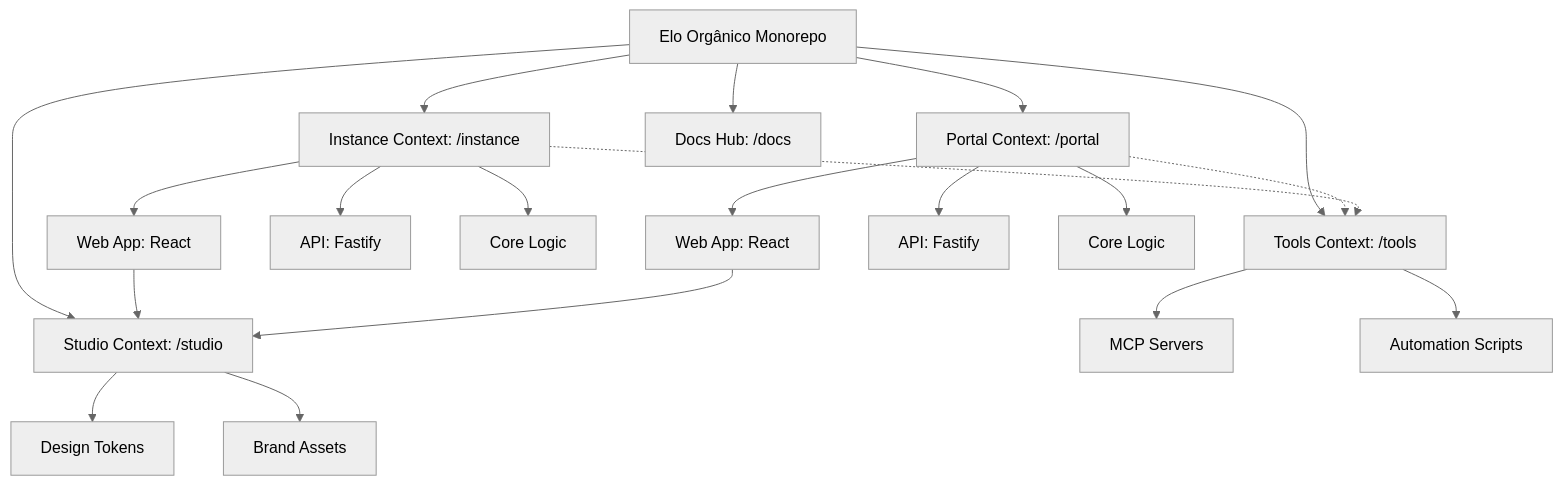
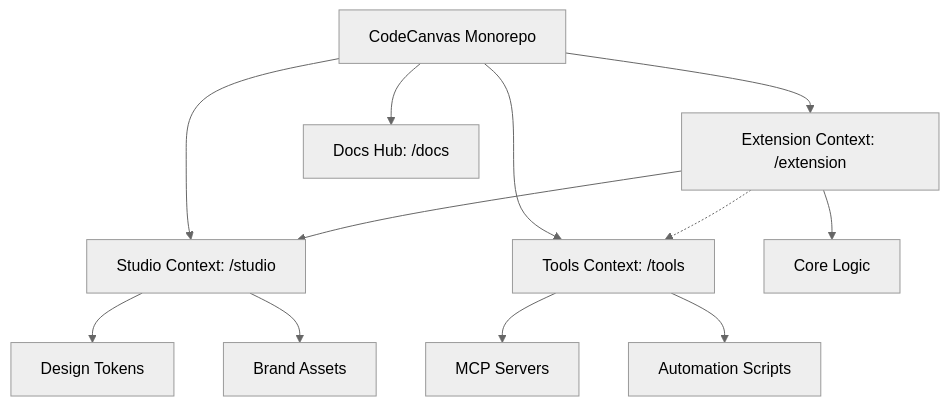
One commit to tupynambalucas/code-canvas changed the diagram in docs/handbook/architecture/bounded-context.mdx. Above: the diagram before and after it, drawn with Mermaid (neutral theme). The commit also changed other lines of this file and 134 other files, not shown here.

First line of the commit message:
refactor: rename Elo Orgânico to CodeCanvas across documentation and assets

````diff
--- a/docs/handbook/architecture/bounded-context.mdx
+++ b/docs/handbook/architecture/bounded-context.mdx
@@ -14,29 +14,19 @@
 ```mermaid
 graph TD
-    Root["Elo Orgânico Monorepo"]
-    Root --> Instance["Instance Context: /instance"]
-    Root --> Portal["Portal Context: /portal"]
+    Root["CodeCanvas Monorepo"]
+    Root --> Extension["Extension Context: /extension"]
     Root --> Studio["Studio Context: /studio"]
     Root --> Tools["Tools Context: /tools"]
     Root --> Knowledge["Docs Hub: /docs"]
 
-    Instance --> I_Web["Web App: React"]
-    Instance --> I_API["API: Fastify"]
-    Instance --> I_Core["Core Logic"]
-
-    Portal --> P_Web["Web App: React"]
-    Portal --> P_API["API: Fastify"]
-    Portal --> P_Core["Core Logic"]
+    Extension --> E_Core["Core Logic"]
+    Extension --> Studio
 
     Studio --> Tokens["Design Tokens"]
     Studio --> Assets["Brand Assets"]
 
     Tools --> MCP["MCP Servers"]
     Tools --> Scripts["Automation Scripts"]
 
-    I_Web --> Studio
-    P_Web --> Studio
-
-    Portal -.-> Tools
-    Instance -.-> Tools
+    Extension -.-> Tools
 ```
````
